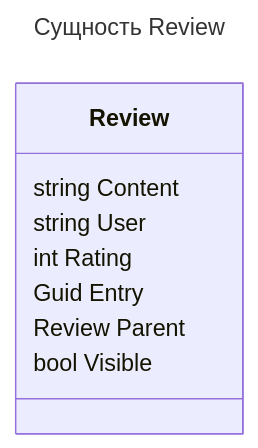
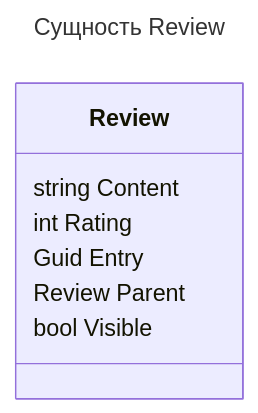
Before and after one commit to GitHubVasilev/Blog: the fourth of 6 diagrams in readme.md, drawn with Mermaid. The commit also changed other lines of this file and 16 other files, not shown here.

````diff
--- a/readme.md
+++ b/readme.md
@@ -151,14 +151,13 @@
 ``` mermaid
 ---
 title: Сущность Review
 ---
 classDiagram
 class Review {
 	string Content
-	string User
 	int Rating
 	Guid Entry
 	Review Parent
 	bool Visible
 }
 ```
````
